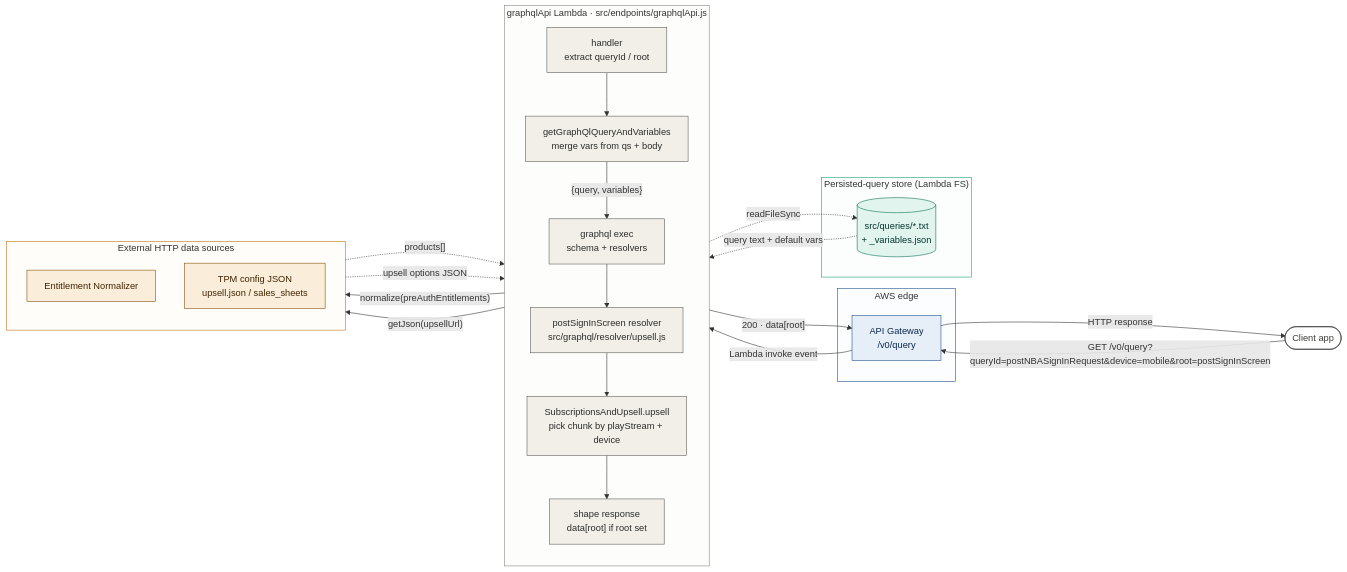
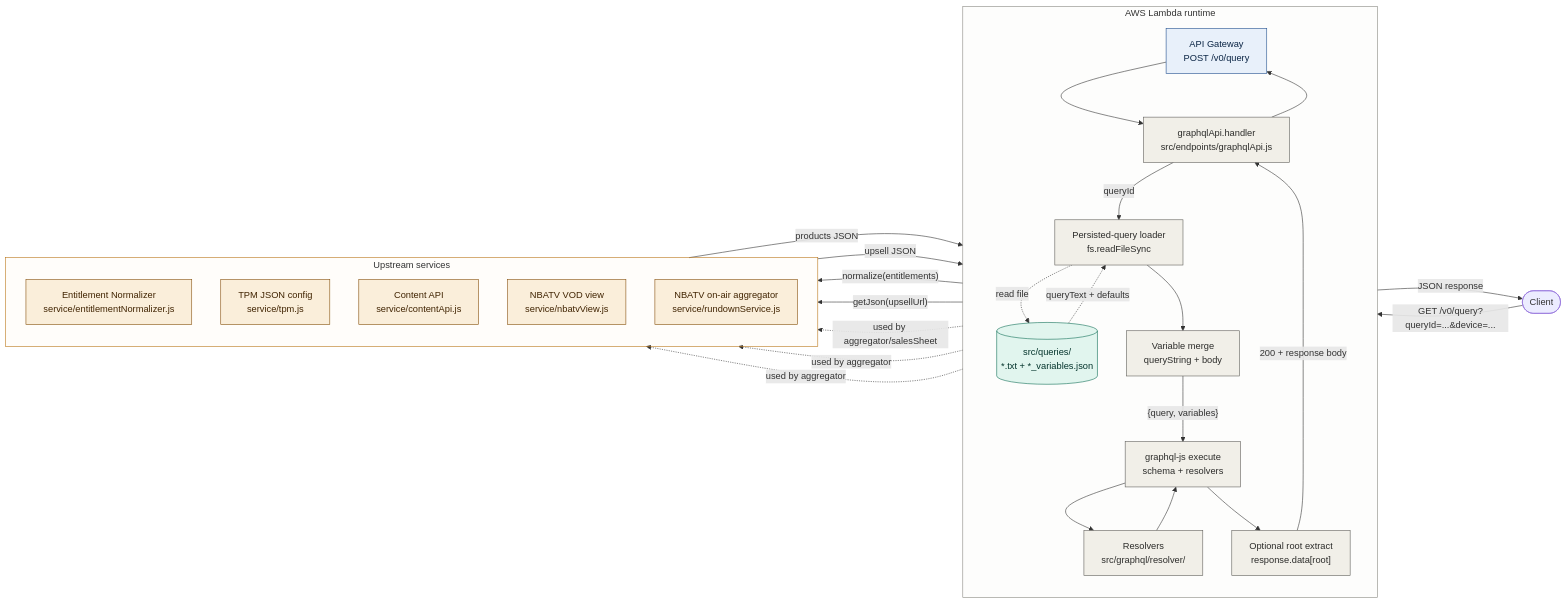
The first of 3 diagrams in examples/real-repos/graphql-node.md (jyouturner/explain-the-repo), drawn with Mermaid before and after one commit. The commit also changed other lines of this file and 2 other files, not shown here.

````diff
--- a/examples/real-repos/graphql-node.md
+++ b/examples/real-repos/graphql-node.md
@@ -28,61 +22,59 @@
 ```mermaid
 flowchart LR
-  client([Client app])
+  client([Client])
 
-  subgraph EDGE [" AWS edge "]
-    apigw[API Gateway<br/>/v0/query]
+  subgraph AWS [" AWS Lambda runtime "]
+    direction TB
+    apigw[API Gateway<br/>POST /v0/query]
+    handler["graphqlApi.handler<br/>src/endpoints/graphqlApi.js"]
+    qload["Persisted-query loader<br/>fs.readFileSync"]
+    qfiles[("src/queries/<br/>*.txt + *_variables.json")]
+    merge["Variable merge<br/>queryString + body"]
+    gql["graphql-js execute<br/>schema + resolvers"]
+    resolvers["Resolvers<br/>src/graphql/resolver/"]
+    root["Optional root extract<br/>response.data[root]"]
   end
 
-  subgraph LAMBDA [" graphqlApi Lambda · src/endpoints/graphqlApi.js "]
+  subgraph UP [" Upstream services "]
     direction TB
-    handler[handler<br/>extract queryId / root]
-    loader[getGraphQlQueryAndVariables<br/>merge vars from qs + body]
-    gql["graphql exec<br/>schema + resolvers"]
-    resolver[postSignInScreen resolver<br/>src/graphql/resolver/upsell.js]
-    field["SubscriptionsAndUpsell.upsell<br/>pick chunk by playStream + device"]
-    shape["shape response<br/>data[root] if root set"]
+    norm["Entitlement Normalizer<br/>service/entitlementNormalizer.js"]
+    tpm["TPM JSON config<br/>service/tpm.js"]
+    cnt["Content API<br/>service/contentApi.js"]
+    vod["NBATV VOD view<br/>service/nbatvView.js"]
+    rund["NBATV on-air aggregator<br/>service/rundownService.js"]
   end
 
-  subgraph QSTORE [" Persisted-query store (Lambda FS) "]
-    qtxt[("src/queries/*.txt<br/>+ _variables.json")]
-  end
+  client -->|"GET /v0/query?queryId=...&device=..."| apigw
+  apigw --> handler
+  handler -->|queryId| qload
+  qload -.->|read file| qfiles
+  qfiles -.->|"queryText + defaults"| qload
+  qload --> merge
+  merge -->|"{query, variables}"| gql
+  gql --> resolvers
+  resolvers -->|"normalize(entitlements)"| norm
+  resolvers -->|"getJson(upsellUrl)"| tpm
+  resolvers -.->|"used by aggregator/salesSheet"| cnt
+  resolvers -.->|"used by aggregator"| vod
+  resolvers -.->|"used by aggregator"| rund
+  norm -->|products JSON| resolvers
+  tpm -->|upsell JSON| resolvers
+  resolvers --> gql
+  gql --> root
+  root -->|"200 + response body"| handler
+  handler --> apigw
+  apigw -->|JSON response| client
 
-  subgraph UPSTREAM [" External HTTP data sources "]
-    direction TB
-    norm[Entitlement Normalizer]
-    tpm[TPM config JSON<br/>upsell.json / sales_sheets]
-  end
+  classDef edge fill:#E8F0FA,stroke:#1F4E8C,color:#0B2545
+  classDef inproc fill:#F1EFE8,stroke:#5F5E5A,color:#2C2C2A
+  classDef store fill:#E1F5EE,stroke:#0F6E56,color:#04342C
+  classDef external fill:#FAEEDA,stroke:#854F0B,color:#412402
 
-  client -->|"GET /v0/query?queryId=postNBASignInRequest&device=mobile&root=postSignInScreen"| apigw
-  apigw -->|Lambda invoke event| handler
-  handler --> loader
-  loader -.->|readFileSync| qtxt
-  qtxt -.->|query text + default vars| loader
-  loader -->|"{query, variables}"| gql
-  gql --> resolver
-  resolver -->|"normalize(preAuthEntitlements)"| norm
-  resolver -->|"getJson(upsellUrl)"| tpm
-  norm -.->|"products[]"| resolver
-  tpm -.->|upsell options JSON| resolver
-  resolver --> field
-  field --> shape
-  shape -->|"200 · data[root]"| apigw
-  apigw -->|HTTP response| client
+  class apigw edge
+  class handler,qload,merge,gql,resolvers,root inproc
+  class qfiles store
+  class norm,tpm,cnt,vod,rund external
 
-  classDef edge   fill:#E6EEF8,stroke:#22518C,color:#0E2A4F
-  classDef app    fill:#F1EFE8,stroke:#5F5E5A,color:#2C2C2A
-  classDef store  fill:#E1F5EE,stroke:#0F6E56,color:#04342C
-  classDef ext    fill:#FAEEDA,stroke:#854F0B,color:#412402
-  classDef actor  fill:#FFFFFF,stroke:#3d3d3a,color:#3d3d3a
-
-  class client actor
-  class apigw edge
-  class handler,loader,gql,resolver,field,shape app
-  class qtxt store
-  class norm,tpm ext
-
-  style EDGE     fill:#E6EEF822,stroke:#22518C
-  style LAMBDA   fill:#F1EFE822,stroke:#888780
-  style QSTORE   fill:#E1F5EE22,stroke:#1D9E75
-  style UPSTREAM fill:#FAEEDA22,stroke:#BA7517
+  style AWS fill:#F1EFE822,stroke:#888780
+  style UP fill:#FAEEDA22,stroke:#BA7517
 ```
````
